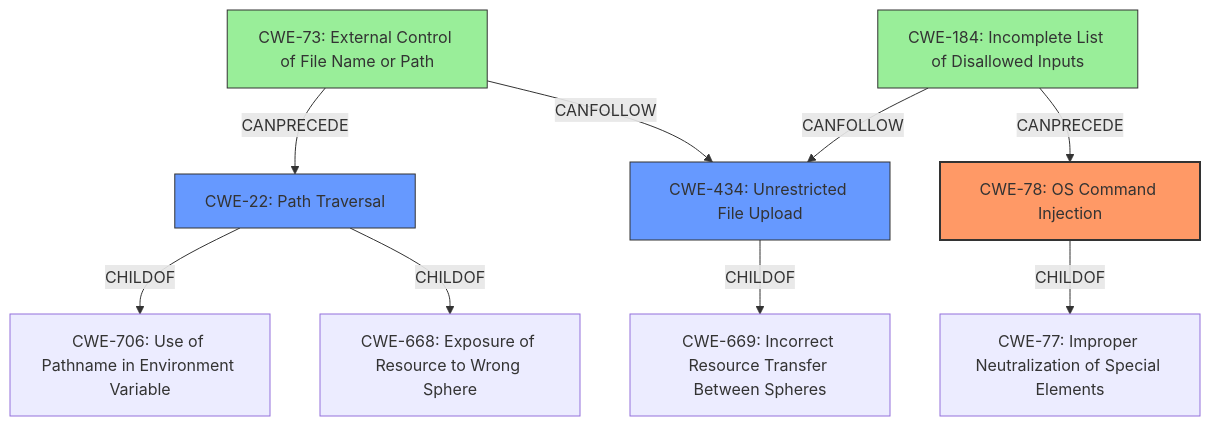
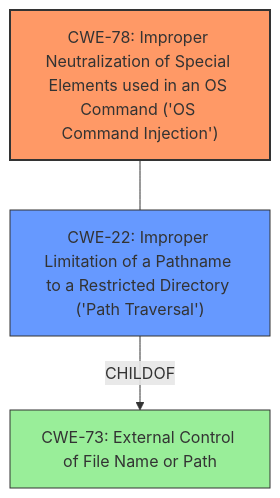
One commit to CyberSecAI/cwe_assign_reports_top25_2025 changed the diagram in CVE-2024-10019/CVE-2024-10019_analysis.md. Above: the diagram before and after it, drawn with Mermaid. The commit also changed other lines of this file and 390 other files, not shown here.

````diff
--- a/CVE-2024-10019/CVE-2024-10019_analysis.md
+++ b/CVE-2024-10019/CVE-2024-10019_analysis.md
@@ -34,25 +17,15 @@
 ```mermaid
 graph TD
-    cwe78["CWE-78: OS Command Injection"]
-    cwe22["CWE-22: Path Traversal"]
-    cwe434["CWE-434: Unrestricted File Upload"]
+    cwe78["CWE-78: Improper Neutralization of Special Elements used in an OS Command ('OS Command Injection')"]
+    cwe22["CWE-22: Improper Limitation of a Pathname to a Restricted Directory ('Path Traversal')"]
     cwe73["CWE-73: External Control of File Name or Path"]
-    cwe184["CWE-184: Incomplete List of Disallowed Inputs"]
-
-    cwe78 -->|CHILDOF| cwe77["CWE-77: Improper Neutralization of Special Elements"]
-    cwe22 -->|CHILDOF| cwe706["CWE-706: Use of Pathname in Environment Variable"]
-    cwe22 -->|CHILDOF| cwe668["CWE-668: Exposure of Resource to Wrong Sphere"]
-    cwe434 -->|CHILDOF| cwe669["CWE-669: Incorrect Resource Transfer Between Spheres"]
-
-    cwe73 -->|CANPRECEDE| cwe22
-    cwe184 -->|CANPRECEDE| cwe78
-    cwe73 -->|CANFOLLOW| cwe434
-    cwe184 -->|CANFOLLOW| cwe434
+    cwe78---cwe22
+    cwe22 -->|CHILDOF| cwe73
     
     classDef primary fill:#f96,stroke:#333,stroke-width:2px
     classDef secondary fill:#69f,stroke:#333
     classDef tertiary fill:#9e9,stroke:#333
     class cwe78 primary
-    class cwe22,cwe434 secondary
-    class cwe73,cwe184 tertiary
+    class cwe22 secondary
+    class cwe73 tertiary
 ```
````
